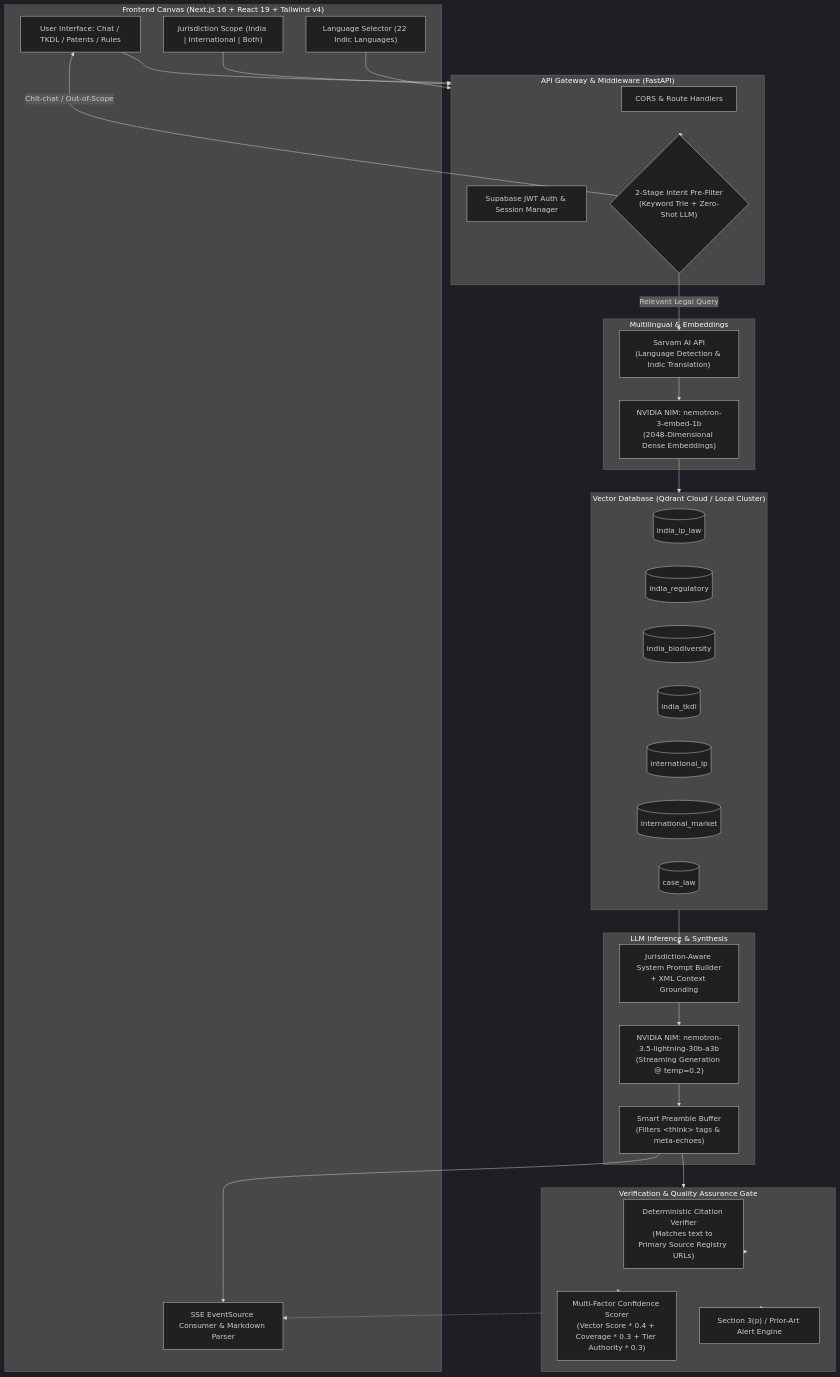
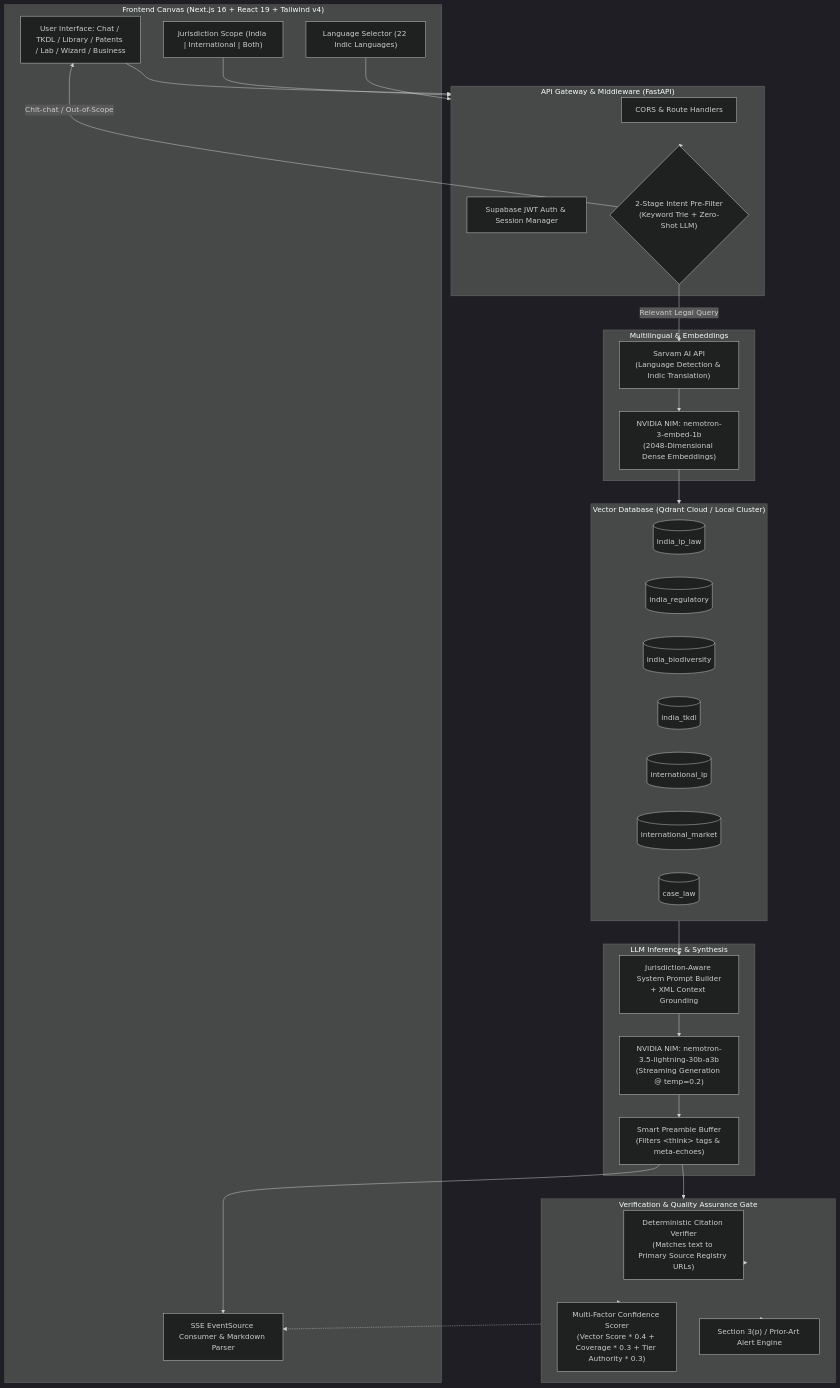
One commit to celestialgeeks/ip-sakti-sahayak changed the diagram in README.md. Above: the diagram before and after it, drawn with Mermaid (dark theme). The commit also changed other lines of this file, not shown here.

````diff
--- a/README.md
+++ b/README.md
@@ -45,60 +48,60 @@
 ```mermaid
 flowchart TD
     subgraph Client["Frontend Canvas (Next.js 16 + React 19 + Tailwind v4)"]
-        UI["User Interface: Chat / TKDL / Patents / Rules"]
+        UI["User Interface: Chat / TKDL / Library / Patents / Lab / Wizard / Business"]
         LangSel["Language Selector (22 Indic Languages)"]
         JurToggle["Jurisdiction Scope (India | International | Both)"]
         StreamConsumer["SSE EventSource Consumer & Markdown Parser"]
     end
 
     subgraph Gateway["API Gateway & Middleware (FastAPI)"]
         CORS["CORS & Route Handlers"]
         Auth["Supabase JWT Auth & Session Manager"]
         PreFilter{"2-Stage Intent Pre-Filter<br/>(Keyword Trie + Zero-Shot LLM)"}
     end
 
     subgraph NLP["Multilingual & Embeddings"]
         Sarvam["Sarvam AI API<br/>(Language Detection & Indic Translation)"]
         Embedder["NVIDIA NIM: nemotron-3-embed-1b<br/>(2048-Dimensional Dense Embeddings)"]
     end
 
     subgraph Storage["Vector Database (Qdrant Cloud / Local Cluster)"]
         Col1[("india_ip_law")]
         Col2[("india_regulatory")]
         Col3[("india_biodiversity")]
         Col4[("india_tkdl")]
         Col5[("international_ip")]
         Col6[("international_market")]
         Col7[("case_law")]
     end
 
     subgraph LLMEngine["LLM Inference & Synthesis"]
         PromptBuilder["Jurisdiction-Aware System Prompt Builder<br/>+ XML Context Grounding"]
         LLM["NVIDIA NIM: nemotron-3.5-lightning-30b-a3b<br/>(Streaming Generation @ temp=0.2)"]
         PreambleFilter["Smart Preamble Buffer<br/>(Filters &lt;think&gt; tags & meta-echoes)"]
     end
 
     subgraph PostProcessor["Verification & Quality Assurance Gate"]
         CitationEngine["Deterministic Citation Verifier<br/>(Matches text to Primary Source Registry URLs)"]
         Scorer["Multi-Factor Confidence Scorer<br/>(Vector Score * 0.4 + Coverage * 0.3 + Tier Authority * 0.3)"]
         StatutoryDetector["Section 3(p) / Prior-Art Alert Engine"]
     end
 
     UI --> Gateway
     JurToggle --> Gateway
     LangSel --> Gateway
     Gateway --> PreFilter
     PreFilter -- "Chit-chat / Out-of-Scope" --> UI
     PreFilter -- "Relevant Legal Query" --> Sarvam
     Sarvam --> Embedder
     Embedder --> Storage
     Storage --> PromptBuilder
     PromptBuilder --> LLM
     LLM --> PreambleFilter
     PreambleFilter --> StreamConsumer
     PreambleFilter --> PostProcessor
     PostProcessor --> CitationEngine
     PostProcessor --> Scorer
     PostProcessor --> StatutoryDetector
     PostProcessor -.-> StreamConsumer
 ```
````
